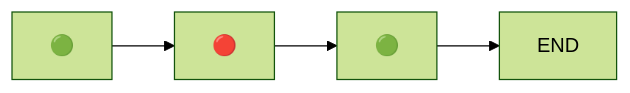
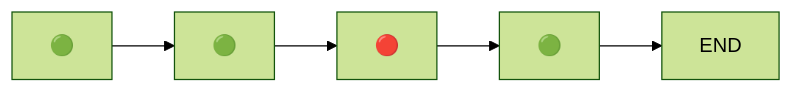
Before and after one commit to nattapongsindhu/go-auto-engine: the diagram in README.md, drawn with Mermaid (forest theme). The commit also changed other lines of this file and 1 other file, not shown here.

````diff
--- a/README.md
+++ b/README.md
@@ -14,7 +17,8 @@
 ```mermaid
-graph LR
+flowchart LR
 S1[🟢] -->
-S2[🔴] -->
-S3[🟢] -->
+S2[🟢] -->
+S3[🔴] -->
+S4[🟢] -->
 END
 ```
````
